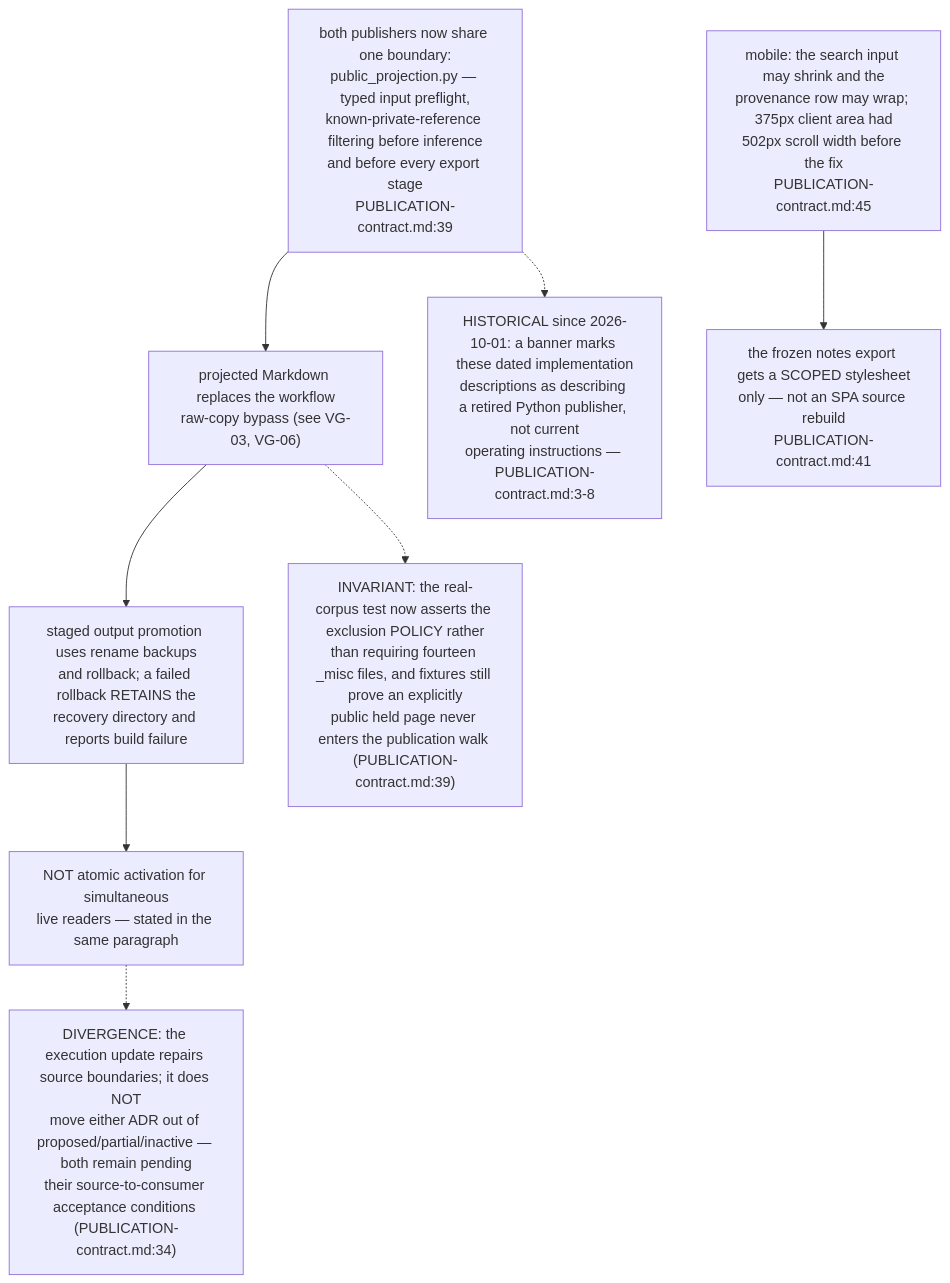
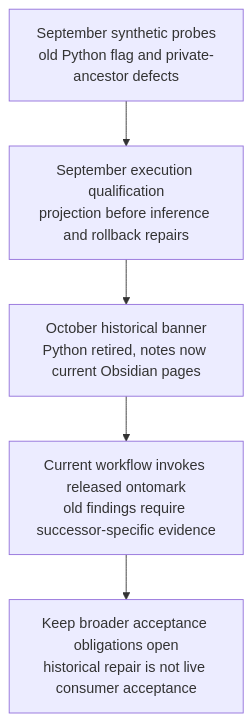
Before and after one commit to DreamLab-AI/VisionFlow: the fourth of 4 diagrams in docs/diagrams/visiongraph/05-invariants-register.md, drawn with Mermaid. The commit also changed other lines of this file and 22 other files, not shown here.

Commit message:
docs: audit visionGraph publication and consumer generation identity

````diff
--- a/docs/diagrams/visiongraph/05-invariants-register.md
+++ b/docs/diagrams/visiongraph/05-invariants-register.md
@@ -75,19 +97,15 @@
 ```mermaid
 flowchart TB
-    SHARED["both publishers now share one boundary:<br/>public_projection.py — typed input preflight,<br/>known-private-reference filtering before inference<br/>and before every export stage<br/>PUBLICATION-contract.md:39"]
-    PROJ["projected Markdown replaces the workflow<br/>raw-copy bypass #40;see VG-03, VG-06#41;"]
-    ROLL["staged output promotion uses rename backups<br/>and rollback; a failed rollback RETAINS the<br/>recovery directory and reports build failure"]
-    NOTATOMIC["NOT atomic activation for simultaneous<br/>live readers — stated in the same paragraph"]
-    CSS["mobile: the search input may shrink and the<br/>provenance row may wrap; 375px client area had<br/>502px scroll width before the fix<br/>PUBLICATION-contract.md:45"]
-    NOTSPA["the frozen notes export gets a SCOPED stylesheet<br/>only — not an SPA source rebuild<br/>PUBLICATION-contract.md:41"]
-
-    SHARED --> PROJ --> ROLL --> NOTATOMIC
-    CSS --> NOTSPA
-
-    note1["DIVERGENCE: the execution update repairs source boundaries; it does NOT<br/>move either ADR out of proposed/partial/inactive — both remain pending<br/>their source-to-consumer acceptance conditions #40;PUBLICATION-contract.md:34#41;"]
-    NOTATOMIC -.-> note1
-    note2["INVARIANT: the real-corpus test now asserts the exclusion POLICY rather<br/>than requiring fourteen _misc files, and fixtures still prove an explicitly<br/>public held page never enters the publication walk #40;PUBLICATION-contract.md:39#41;"]
-    PROJ -.-> note2
-    note3["HISTORICAL since 2026-10-01: a banner marks these dated implementation<br/>descriptions as describing a retired Python publisher, not current<br/>operating instructions — PUBLICATION-contract.md:3-8"]
-    SHARED -.-> note3
+    OLD["September synthetic probes<br/>old Python flag and private-ancestor defects"]
+    FIX["September execution qualification<br/>projection before inference and rollback repairs"]
+    RETIRE["October historical banner<br/>Python retired, notes now current Obsidian pages"]
+    NOW["Current workflow invokes released ontomark<br/>old findings require successor-specific evidence"]
+    KEEP["Keep broader acceptance obligations open<br/>historical repair is not live consumer acceptance"]
+    OLD --> FIX --> RETIRE --> NOW --> KEEP
+    %% Source: docs/adr/ADR-VG-002-generation-and-consumer-identity.md:46
+    %% Source: docs/adr/ADR-VG-002-generation-and-consumer-identity.md:54
+    %% Source: docs/PUBLICATION-contract.md:3
+    %% Source: docs/PUBLICATION-contract.md:8
+    %% Source: .github/workflows/publish.yml:48
+    %% Source: docs/adr/ADR-VG-001-publication-policy-boundaries.md:36
 ```
````
